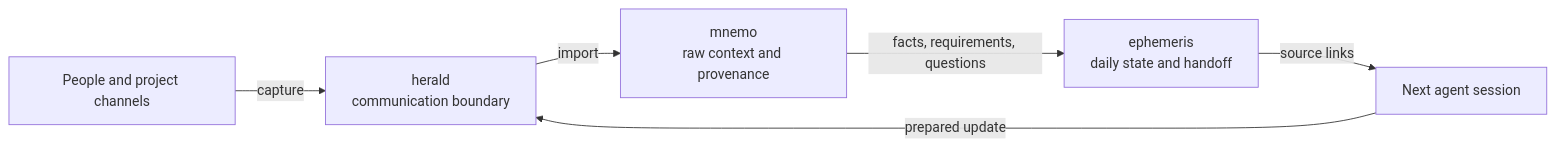
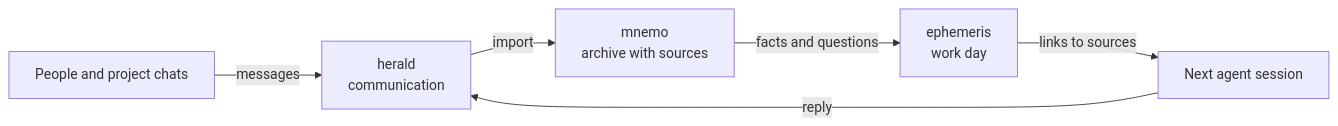
One commit to ZenonEl/ZenonEl changed the diagram in README.md. Above: the diagram before and after it, drawn with Mermaid. The commit also changed other lines of this file and 1 other file, not shown here.

Commit message:
Profile in plain words: lead with the result, what each tool does, how the work is checked

````diff
--- a/README.md
+++ b/README.md
@@ -50,8 +49,8 @@
 ```mermaid
 flowchart LR
-    people["People and project channels"] -->|capture| herald["herald<br/>communication boundary"]
-    herald -->|import| mnemo["mnemo<br/>raw context and provenance"]
-    mnemo -->|facts, requirements, questions| ephemeris["ephemeris<br/>daily state and handoff"]
-    ephemeris -->|source links| session["Next agent session"]
-    session -->|prepared update| herald
+    people["People and project chats"] -->|messages| herald["herald<br/>communication"]
+    herald -->|import| mnemo["mnemo<br/>archive with sources"]
+    mnemo -->|facts and questions| ephemeris["ephemeris<br/>work day"]
+    ephemeris -->|links to sources| session["Next agent session"]
+    session -->|reply| herald
 ```
````
